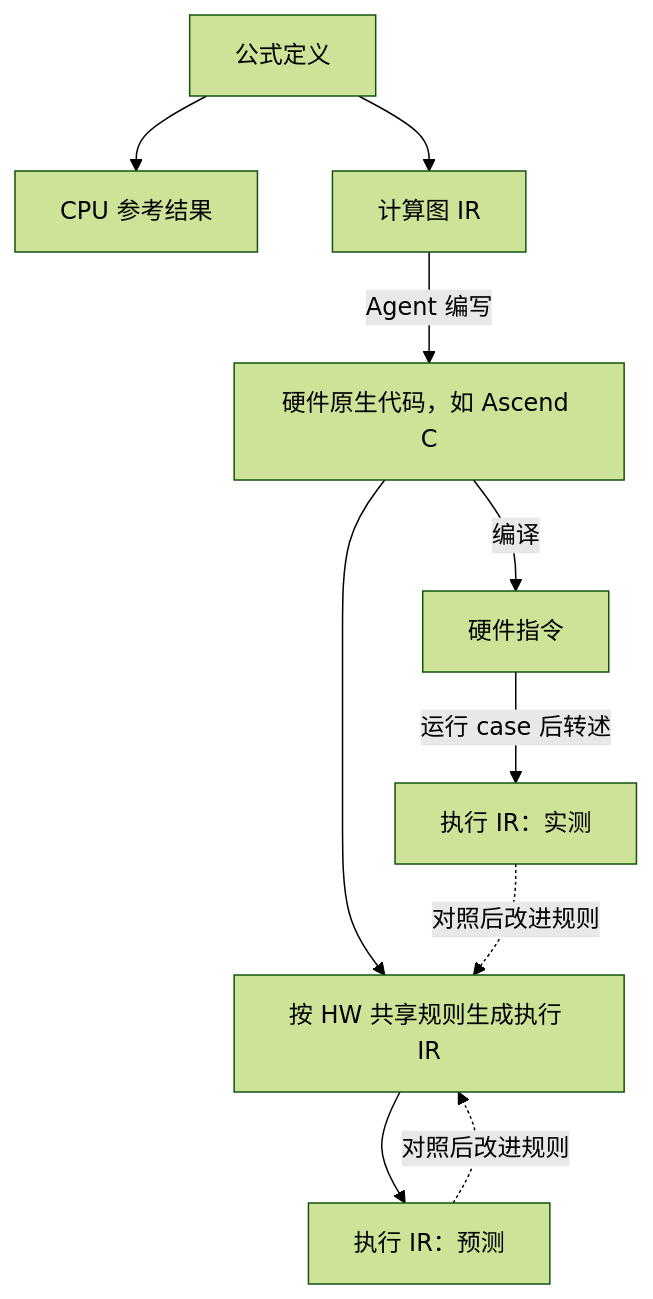
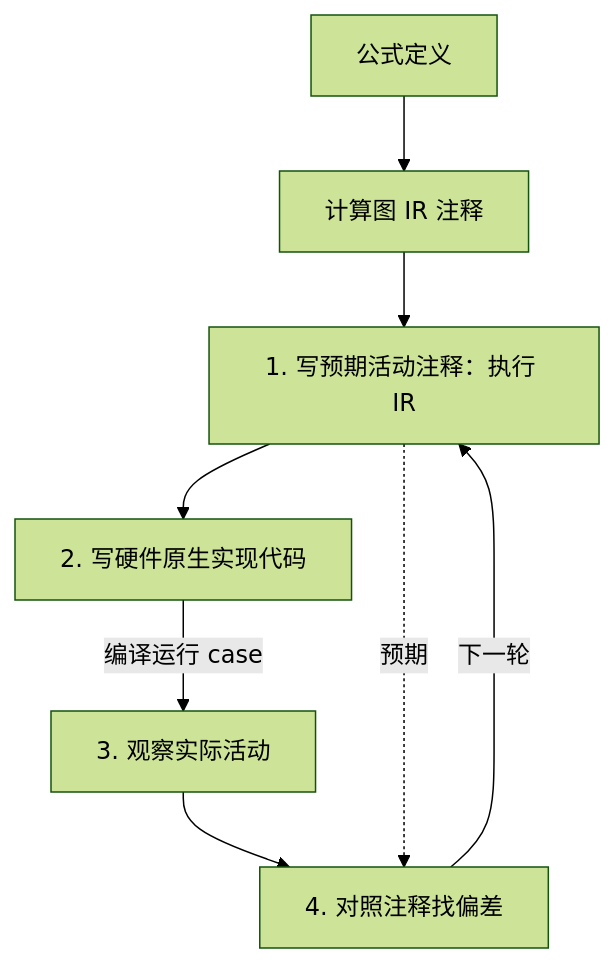
The second of 2 diagrams in docs/plans/2026-09-25-pluggable-kernel-design-step.md (KDZZZZZZ/meteor), drawn with Mermaid (forest theme) before and after one commit. The commit also changed other lines of this file and 104 other files, not shown here.

````diff
--- a/docs/plans/2026-09-25-pluggable-kernel-design-step.md
+++ b/docs/plans/2026-09-25-pluggable-kernel-design-step.md
@@ -144,12 +151,10 @@
 ```mermaid
 flowchart TD
-    F[公式定义] --> C[CPU 参考结果]
-    F --> G[计算图 IR]
-    G -->|Agent 编写| SRC[硬件原生代码，如 Ascend C]
-    SRC --> GEN[按 HW 共享规则生成执行 IR]
-    GEN --> P[执行 IR：预测]
-    SRC -->|编译| I[硬件指令]
-    I -->|运行 case 后转述| O[执行 IR：实测]
-    P -.->|对照后改进规则| GEN
-    O -.->|对照后改进规则| GEN
+    F[公式定义] --> G[计算图 IR 注释]
+    G --> P[1. 写预期活动注释：执行 IR]
+    P --> SRC[2. 写硬件原生实现代码]
+    SRC -->|编译运行 case| O[3. 观察实际活动]
+    O --> Q[4. 对照注释找偏差]
+    P -.->|预期| Q
+    Q -->|下一轮| P
 ```
````
